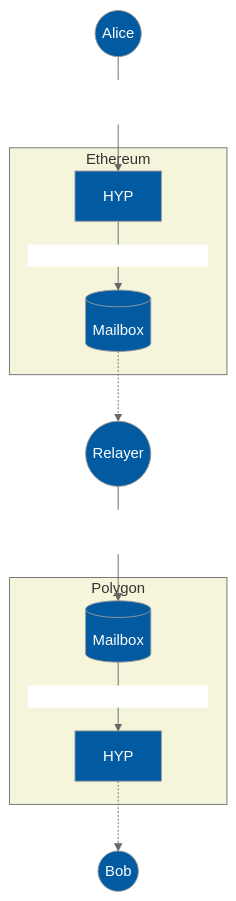
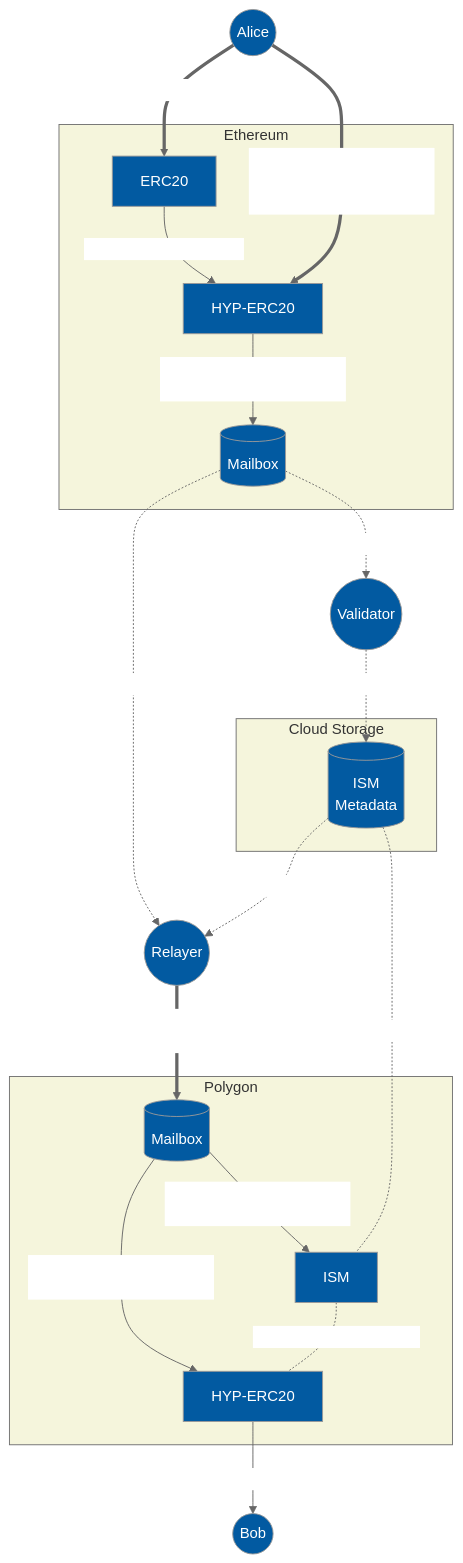
Before and after one commit to aeternity/hyperlane-monorepo: the diagram in README.md, drawn with Mermaid. The commit also changed other lines of this file, not shown here.

Commit message:
Fully detailed diagram (#41)
* Fully detailed diagram

* Update README.md

````diff
--- a/README.md
+++ b/README.md
@@ -14,34 +14,61 @@
 ```mermaid
 %%{ init: {
   "theme": "neutral",
   "themeVariables": {
     "mainBkg": "#025AA1",
     "textColor": "white",
     "clusterBkg": "beige"
   },
   "themeCSS": ".edgeLabel { color: black }"
 }}%%
 
 graph TB
     Alice((Alice))
+    Bob((Bob))
+    Validator((Validator))
     Relayer((Relayer))
+    %% Watcher((Watcher))
 
     subgraph "Ethereum"
-        HYP_E[HYP]
+        Token_E[ERC20]
+        HYP_E[HYP-ERC20]
         M_E[(Mailbox)]
+        %% POS_E[Proof of Stake]
     end
 
-    subgraph "Polygon"
-        HYP_P[HYP]
-        M_P[(Mailbox)]
+    Alice == "0. approve(HYP, infinity)" ==> Token_E
+    Alice == "1. transferRemote(Polygon, Bob, 5)" ==> HYP_E
+    Token_E -- "2. transferFrom(Alice, 5)" --> HYP_E
+    HYP_E -- "3. dispatch(Polygon, HYP, (Bob, 5))" --> M_E
+
+    M_E-."indexing".->Relayer
+    %% M_E-."indexing".->Watcher
+    M_E -. "indexing" .-> Validator
+
+    %% Validator == "staking" ==> POS_E
+    %% Watcher == "slashing" ==> POS_E
+    Validator -. "signing" .-> ISM_STORE
+
+    subgraph "Cloud Storage"
+        ISM_STORE[(ISM\nMetadata)]
     end
 
-    Bob((Bob))
+    ISM_STORE -. "metadata" .-> Relayer
+    ISM_STORE -. "moduleType" .- ISM_P
+    %% Watcher -. "indexing" .- ISM_P
 
-    Alice -- "transferRemote(Polygon, Bob, 5)" --> HYP_E
-    HYP_E -- "dispatch(Polygon, (Bob, 5))" --> M_E
-    M_E-.->Relayer
-    Relayer -- "process(Ethereum, (Bob, 5))" --> M_P
-    M_P-->|"handle(Ethereum, (Bob, 5))"|HYP_P
-    HYP_P-.->Bob
+    Relayer == "4. process(metadata, Ethereum, HYP, (Bob, 5))"==> M_P
+
+    subgraph "Polygon"
+        ISM_P[ISM]
+        M_P[(Mailbox)]
+        HYP_P[HYP-ERC20]
+
+        M_P -- "6. handle(Ethereum, (Bob, 5))" --> HYP_P
+        M_P -- "5. verify(metadata, Ethereum, (Bob, 5))" --> ISM_P
+    end
+
+    ISM_P -. "interchainSecurityModule" .- HYP_P
+    HYP_P -- "7. mint(Bob, 5)" --> Bob
+
 ```
````
